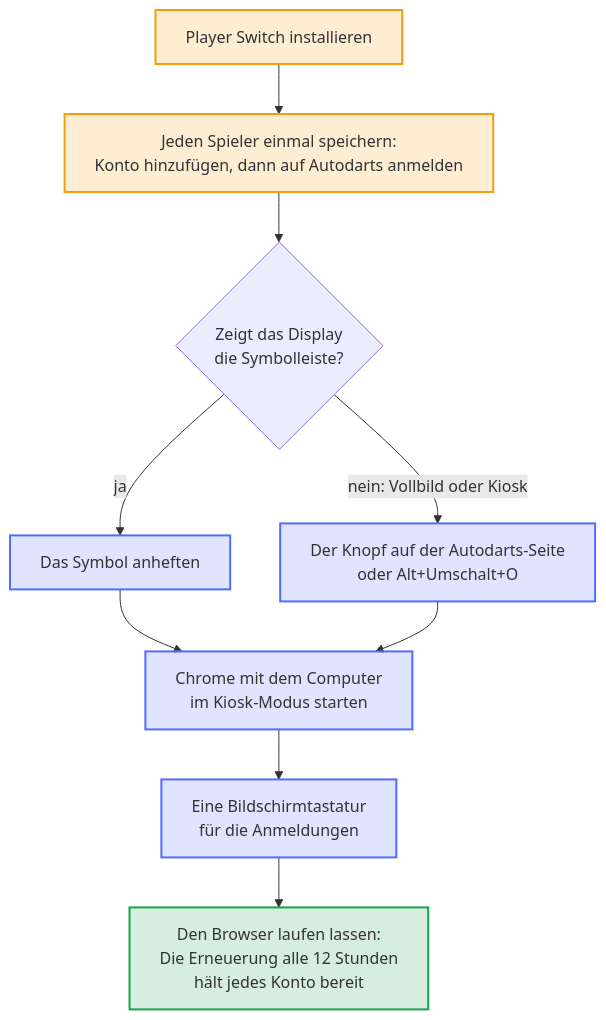
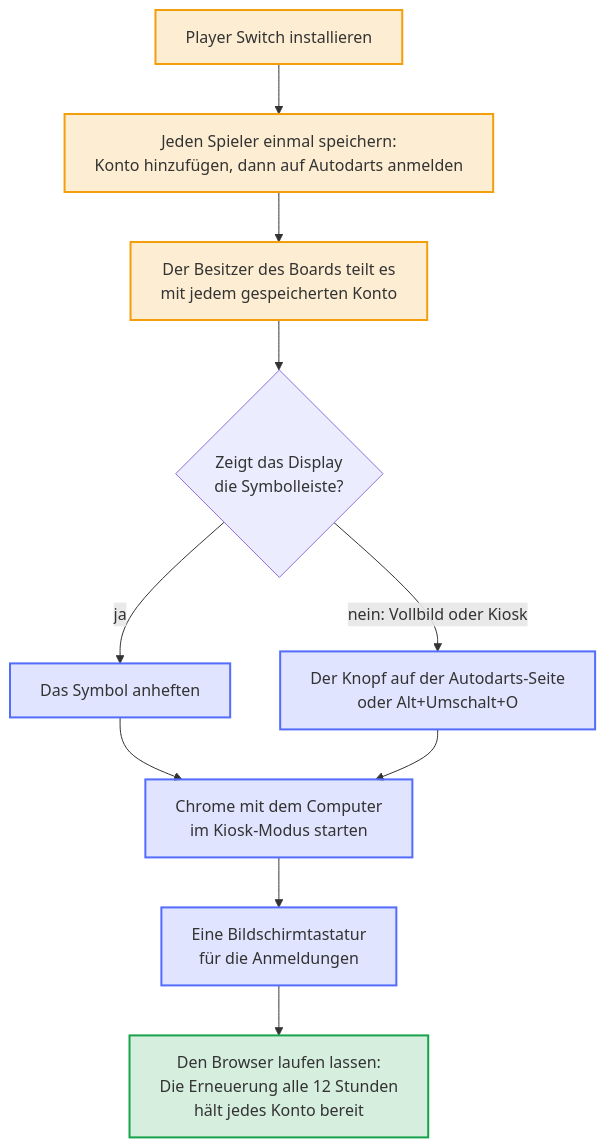
Before and after one commit to Dennis-Otto/player-switch-for-autodarts: the diagram in docs/diagrams/display-setup.de.mmd, drawn with Mermaid. The commit also changed 28 other files, not shown here.

First line of the commit message:
feat(welcome): remind the board owner to share the board with every saved player (#164)

```diff
--- a/docs/diagrams/display-setup.de.mmd
+++ b/docs/diagrams/display-setup.de.mmd
@@ -1,31 +1,32 @@
 ---
 config:
   flowchart:
     wrappingWidth: 400
 ---
 flowchart TB
     accTitle: Ein gemeinsames Display einrichten
-    accDescr: Installiere Player Switch und speichere dann jeden Spieler einmal: Jeder meldet sich nach Konto hinzufügen auf Autodarts an. An einem Display, das die Symbolleiste zeigt, hefte das Symbol an; im Vollbild oder Kiosk-Modus wechseln die Spieler mit dem Knopf auf der Autodarts-Seite oder dem Tastenkürzel. Lass den Computer Chrome von selbst im Kiosk-Modus starten, gib ihm eine Bildschirmtastatur für die Anmeldungen und lass den Browser laufen, damit die Erneuerung alle 12 Stunden jedes geparkte Konto bereit hält.
+    accDescr: Installiere Player Switch und speichere dann jeden Spieler einmal: Jeder meldet sich nach Konto hinzufügen auf Autodarts an. Der Besitzer des Boards teilt es in Autodarts mit jedem gespeicherten Konto, damit jeder Spieler es nach einem Wechsel sieht. An einem Display, das die Symbolleiste zeigt, hefte das Symbol an; im Vollbild oder Kiosk-Modus wechseln die Spieler mit dem Knopf auf der Autodarts-Seite oder dem Tastenkürzel. Lass den Computer Chrome von selbst im Kiosk-Modus starten, gib ihm eine Bildschirmtastatur für die Anmeldungen und lass den Browser laufen, damit die Erneuerung alle 12 Stunden jedes geparkte Konto bereit hält.
 
     install["Player Switch installieren"]
     players["Jeden Spieler einmal speichern:<br>Konto hinzufügen, dann auf Autodarts anmelden"]
+    share["Der Besitzer des Boards teilt es<br>mit jedem gespeicherten Konto"]
     toolbar{"Zeigt das Display<br>die Symbolleiste?"}
     pin["Das Symbol anheften"]
     button["Der Knopf auf der Autodarts-Seite<br>oder Alt+Umschalt+O"]
     start["Chrome mit dem Computer<br>im Kiosk-Modus starten"]
     keyboard["Eine Bildschirmtastatur<br>für die Anmeldungen"]
     ready["Den Browser laufen lassen:<br>Die Erneuerung alle 12 Stunden<br>hält jedes Konto bereit"]
 
-    install --> players --> toolbar
+    install --> players --> share --> toolbar
     toolbar -- "ja" --> pin
     toolbar -- "nein: Vollbild oder Kiosk" --> button
     pin --> start
     button --> start
     start --> keyboard --> ready
 
     classDef person fill:#f59e0b2e,stroke:#f59e0b,stroke-width:2px
     classDef done fill:#16a34a2e,stroke:#16a34a,stroke-width:2px
     classDef bot fill:#526cfe2e,stroke:#526cfe,stroke-width:2px
-    class install,players person
+    class install,players,share person
     class pin,button,start,keyboard bot
     class ready done
```
